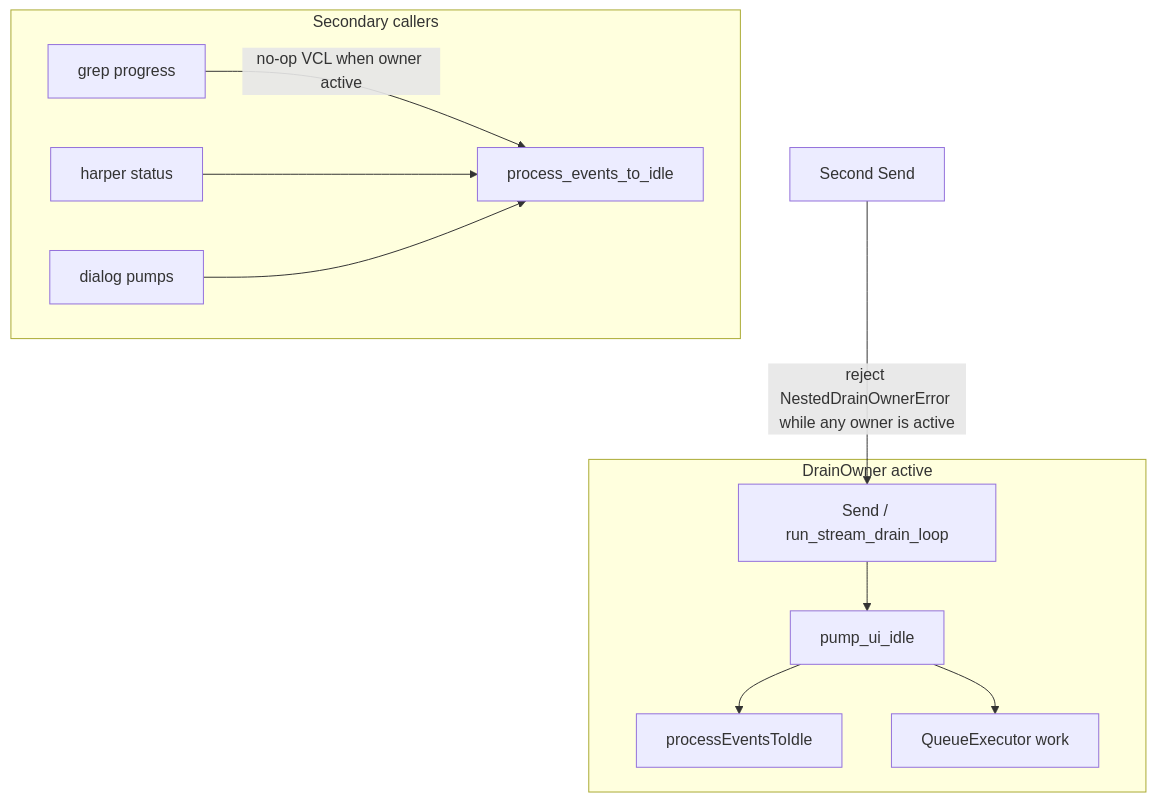
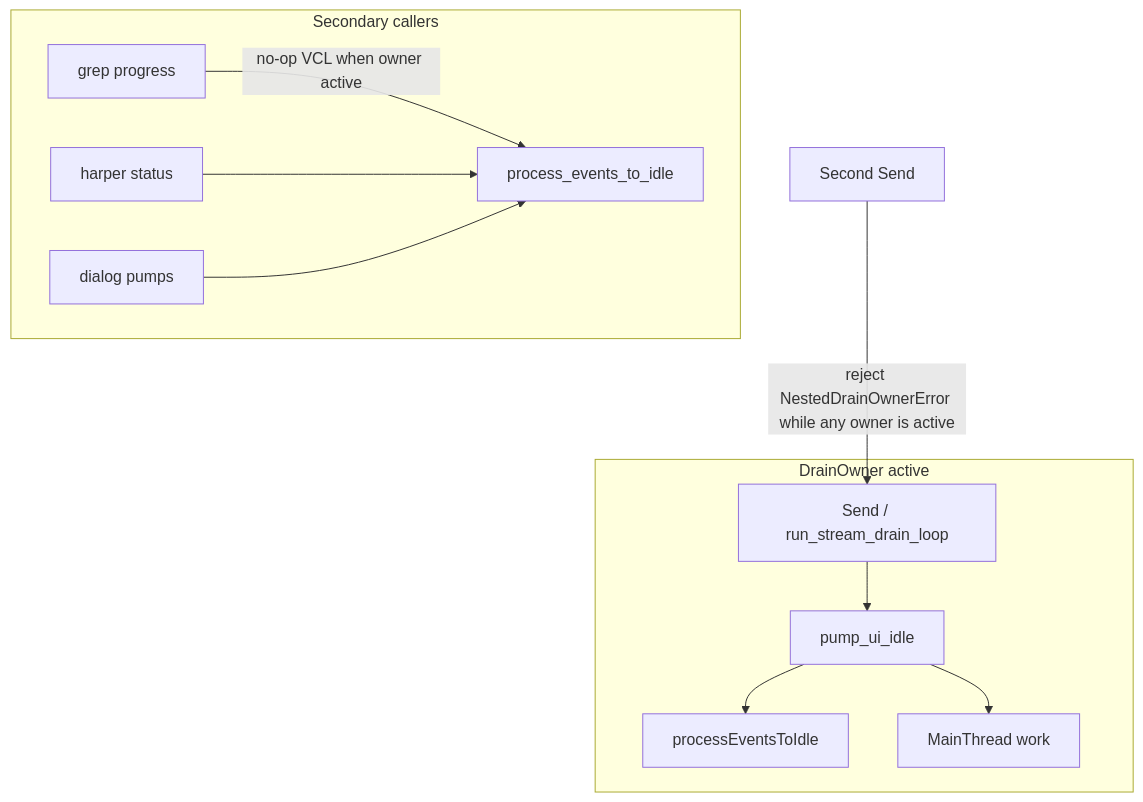
The second of 3 diagrams in docs/framework/threading.md (KeithCu/writeragent), drawn with Mermaid before and after one commit. The commit also changed other lines of this file and 551 other files, not shown here.

Commit message:
framework: address PR 3086 review findings on MainThread routing

````diff
--- a/docs/framework/threading.md
+++ b/docs/framework/threading.md
@@ -201,23 +201,23 @@
 ```mermaid
 flowchart TD
     subgraph owner [DrainOwner active]
         Send[Send / run_stream_drain_loop]
         Pump[pump_ui_idle]
         VCL[processEventsToIdle]
-        Q[QueueExecutor work]
+        Q[MainThread work]
         Send --> Pump
         Pump --> Q
         Pump --> VCL
     end
 
     subgraph nonOwner [Secondary callers]
         Grep[grep progress]
         Harper[harper status]
         Dialogs[dialog pumps]
         Grep -->|no-op VCL when owner active| ProcessEvents[process_events_to_idle]
         Harper --> ProcessEvents
         Dialogs --> ProcessEvents
     end
 
     NestedSend[Second Send] -->|reject NestedDrainOwnerError while any owner is active| Send
 ```
````
